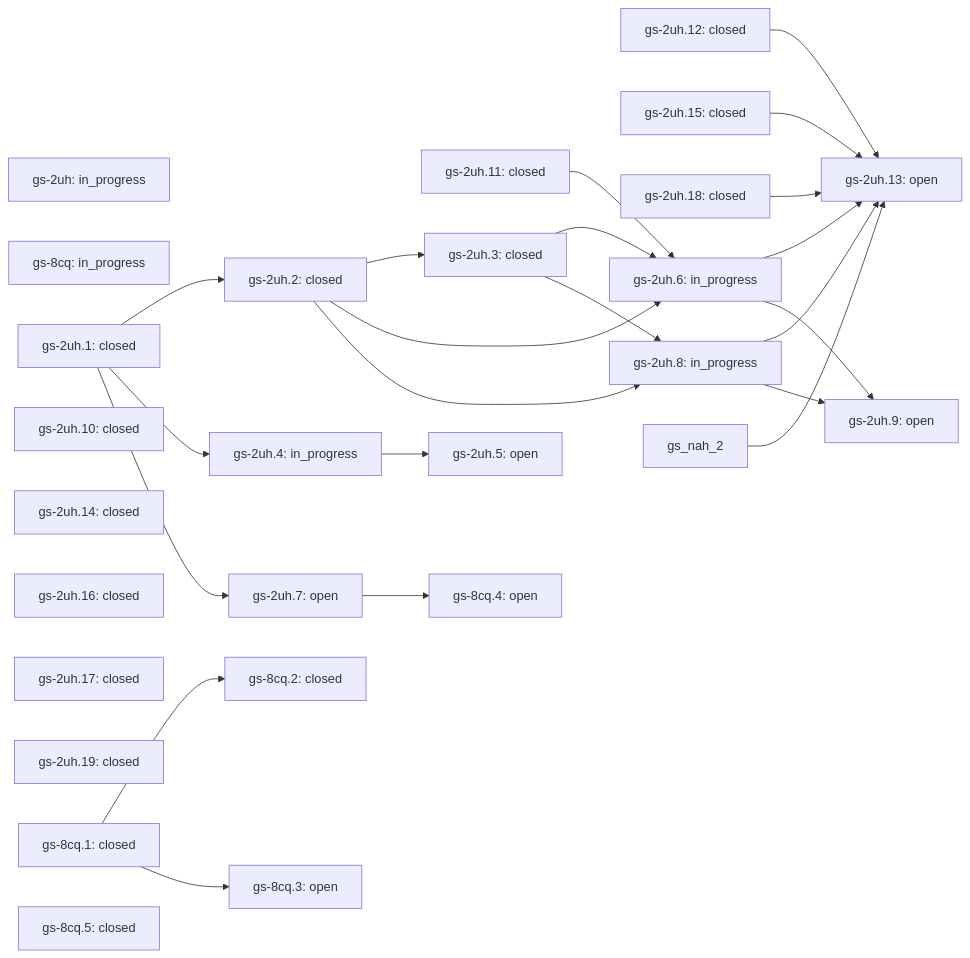
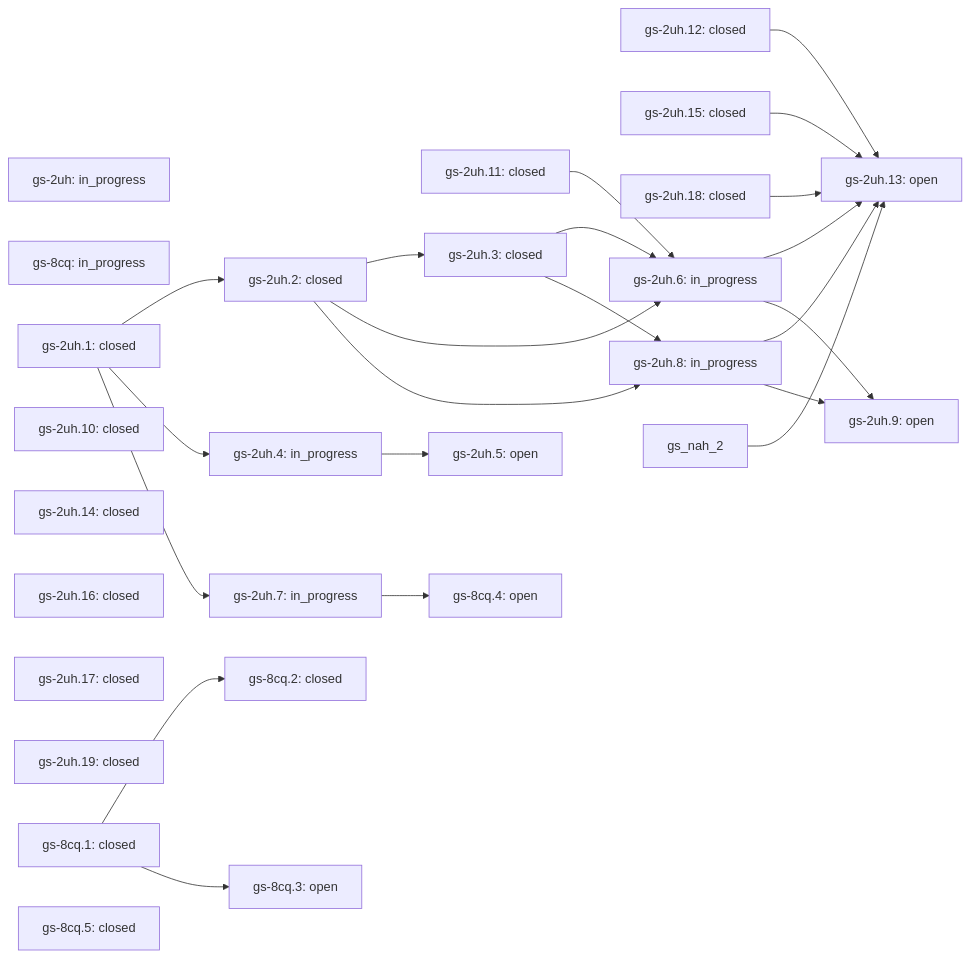
One commit to lifeofgurpreet/G-Skills changed the diagram in docs/skills/vps-health/ROADMAP.md. Above: the diagram before and after it, drawn with Mermaid. The commit also changed other lines of this file and 3 other files, not shown here.

````diff
--- a/docs/skills/vps-health/ROADMAP.md
+++ b/docs/skills/vps-health/ROADMAP.md
@@ -38,50 +38,50 @@
 ```mermaid
 flowchart LR
   gs_2uh["gs-2uh: in_progress"]
   gs_8cq["gs-8cq: in_progress"]
   gs_2uh_1["gs-2uh.1: closed"]
   gs_2uh_10["gs-2uh.10: closed"]
   gs_2uh_11["gs-2uh.11: closed"]
   gs_2uh_12["gs-2uh.12: closed"]
   gs_2uh_13["gs-2uh.13: open"]
   gs_2uh_12 --> gs_2uh_13
   gs_2uh_15 --> gs_2uh_13
   gs_2uh_18 --> gs_2uh_13
   gs_2uh_6 --> gs_2uh_13
   gs_2uh_8 --> gs_2uh_13
   gs_nah_2 --> gs_2uh_13
   gs_2uh_14["gs-2uh.14: closed"]
   gs_2uh_15["gs-2uh.15: closed"]
   gs_2uh_16["gs-2uh.16: closed"]
   gs_2uh_17["gs-2uh.17: closed"]
   gs_2uh_18["gs-2uh.18: closed"]
   gs_2uh_19["gs-2uh.19: closed"]
   gs_2uh_2["gs-2uh.2: closed"]
   gs_2uh_1 --> gs_2uh_2
   gs_2uh_3["gs-2uh.3: closed"]
   gs_2uh_2 --> gs_2uh_3
   gs_2uh_4["gs-2uh.4: in_progress"]
   gs_2uh_1 --> gs_2uh_4
   gs_2uh_5["gs-2uh.5: open"]
   gs_2uh_4 --> gs_2uh_5
   gs_2uh_6["gs-2uh.6: in_progress"]
   gs_2uh_11 --> gs_2uh_6
   gs_2uh_2 --> gs_2uh_6
   gs_2uh_3 --> gs_2uh_6
   gs_2uh_8["gs-2uh.8: in_progress"]
   gs_2uh_2 --> gs_2uh_8
   gs_2uh_3 --> gs_2uh_8
   gs_8cq_1["gs-8cq.1: closed"]
   gs_8cq_2["gs-8cq.2: closed"]
   gs_8cq_1 --> gs_8cq_2
-  gs_2uh_7["gs-2uh.7: open"]
+  gs_2uh_7["gs-2uh.7: in_progress"]
   gs_2uh_1 --> gs_2uh_7
   gs_2uh_9["gs-2uh.9: open"]
   gs_2uh_6 --> gs_2uh_9
   gs_2uh_8 --> gs_2uh_9
   gs_8cq_3["gs-8cq.3: open"]
   gs_8cq_1 --> gs_8cq_3
   gs_8cq_4["gs-8cq.4: open"]
   gs_2uh_7 --> gs_8cq_4
   gs_8cq_5["gs-8cq.5: closed"]
 ```
````
